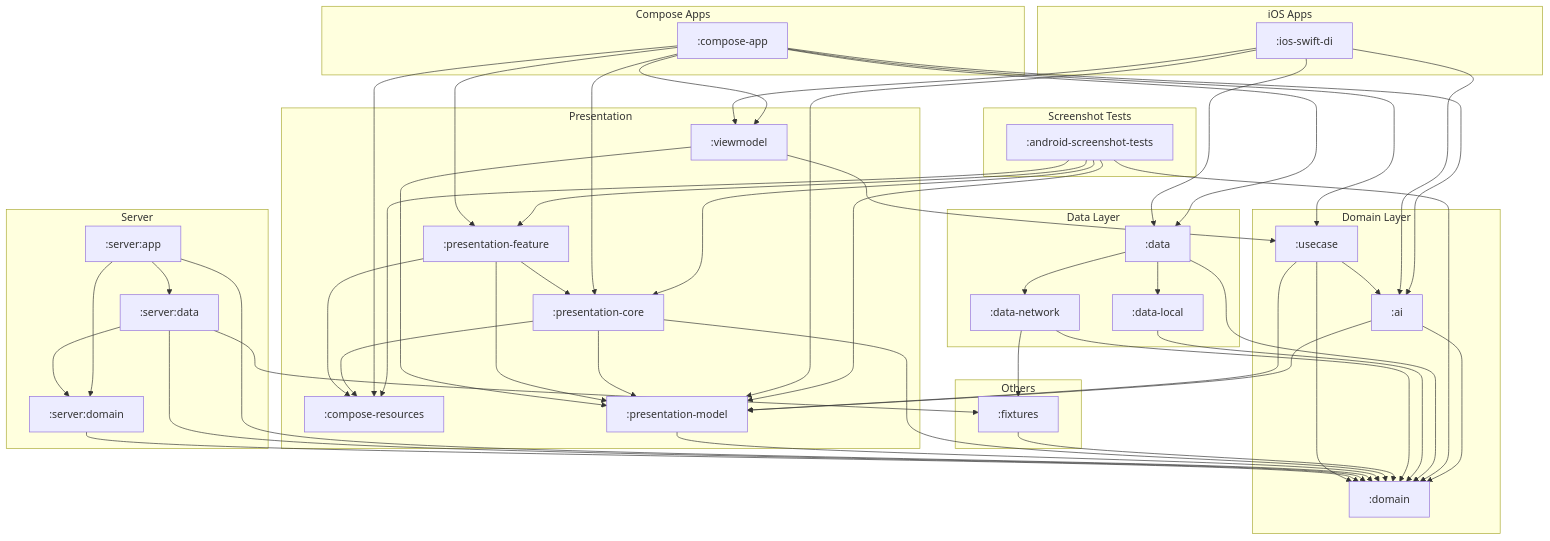
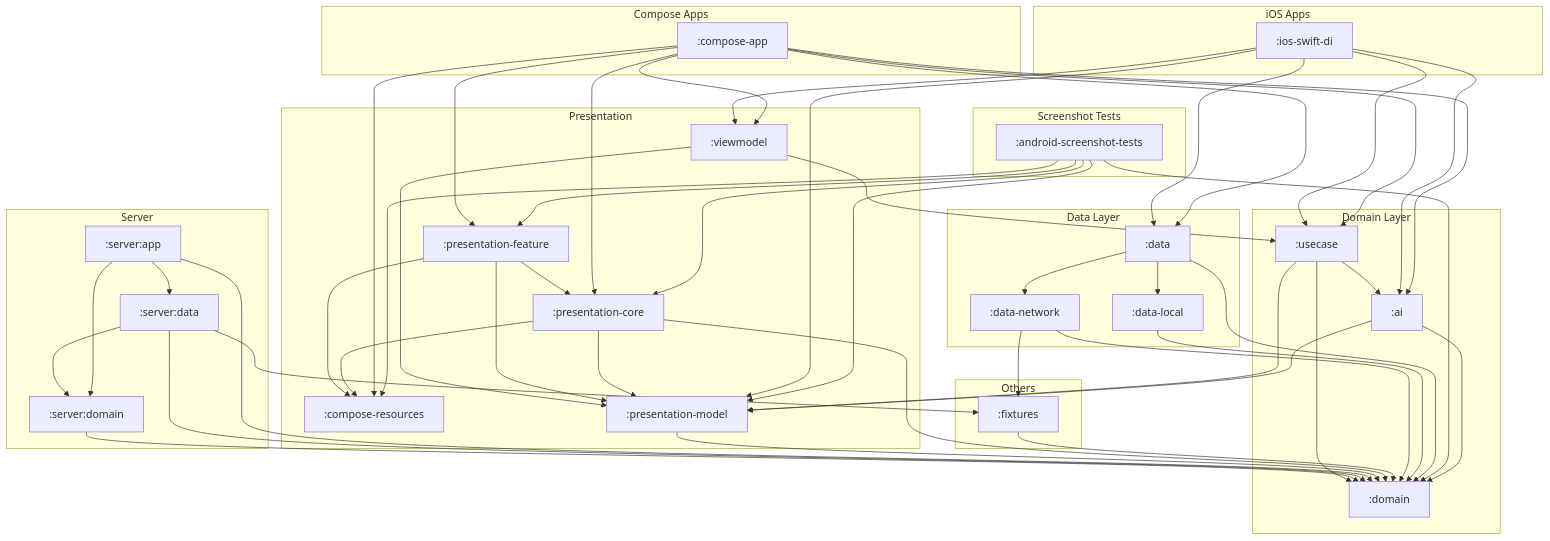
One commit to cartland/battery-butler changed the diagram in docs/diagrams/kotlin_module_structure.mmd. Above: the diagram before and after it, drawn with Mermaid. The commit also changed 3 other files, not shown here.

Commit message:
chore: Update architecture diagrams

```diff
--- a/docs/diagrams/kotlin_module_structure.mmd
+++ b/docs/diagrams/kotlin_module_structure.mmd
@@ -1,103 +1,104 @@
 graph TD
     subgraph "iOS Apps"
         IosSwiftDi[":ios-swift-di"]
     end
 
     subgraph "Compose Apps"
         ComposeApp[":compose-app"]
     end
 
     subgraph "Server"
         ServerApp[":server:app"]
         ServerData[":server:data"]
         ServerDomain[":server:domain"]
     end
 
     subgraph "Presentation"
         ComposeResources[":compose-resources"]
         PresentationCore[":presentation-core"]
         PresentationFeature[":presentation-feature"]
         PresentationModel[":presentation-model"]
         Viewmodel[":viewmodel"]
     end
 
     subgraph "Domain Layer"
         Ai[":ai"]
         Domain[":domain"]
         Usecase[":usecase"]
     end
 
     subgraph "Data Layer"
         Data[":data"]
         DataLocal[":data-local"]
         DataNetwork[":data-network"]
     end
 
     subgraph "Screenshot Tests"
         AndroidScreenshotTests[":android-screenshot-tests"]
     end
 
     subgraph "Others"
         Fixtures[":fixtures"]
     end
 
     %% Dependencies
     Ai --> Domain
     Ai --> PresentationModel
 
     AndroidScreenshotTests --> ComposeResources
     AndroidScreenshotTests --> Domain
     AndroidScreenshotTests --> PresentationCore
     AndroidScreenshotTests --> PresentationFeature
     AndroidScreenshotTests --> PresentationModel
 
     ComposeApp --> Ai
     ComposeApp --> ComposeResources
     ComposeApp --> Data
     ComposeApp --> PresentationCore
     ComposeApp --> PresentationFeature
     ComposeApp --> Usecase
     ComposeApp --> Viewmodel
 
     Data --> DataLocal
     Data --> DataNetwork
     Data --> Domain
 
     DataLocal --> Domain
 
     DataNetwork --> Domain
     DataNetwork --> Fixtures
 
     Fixtures --> Domain
 
     IosSwiftDi --> Ai
     IosSwiftDi --> Data
     IosSwiftDi --> PresentationModel
+    IosSwiftDi --> Usecase
     IosSwiftDi --> Viewmodel
 
     PresentationCore --> ComposeResources
     PresentationCore --> Domain
     PresentationCore --> PresentationModel
 
     PresentationFeature --> ComposeResources
     PresentationFeature --> PresentationCore
     PresentationFeature --> PresentationModel
 
     PresentationModel --> Domain
 
     ServerApp --> Domain
     ServerApp --> ServerData
     ServerApp --> ServerDomain
 
     ServerData --> Domain
     ServerData --> Fixtures
     ServerData --> ServerDomain
 
     ServerDomain --> Domain
 
     Usecase --> Ai
     Usecase --> Domain
     Usecase --> PresentationModel
 
     Viewmodel --> PresentationModel
     Viewmodel --> Usecase
```
